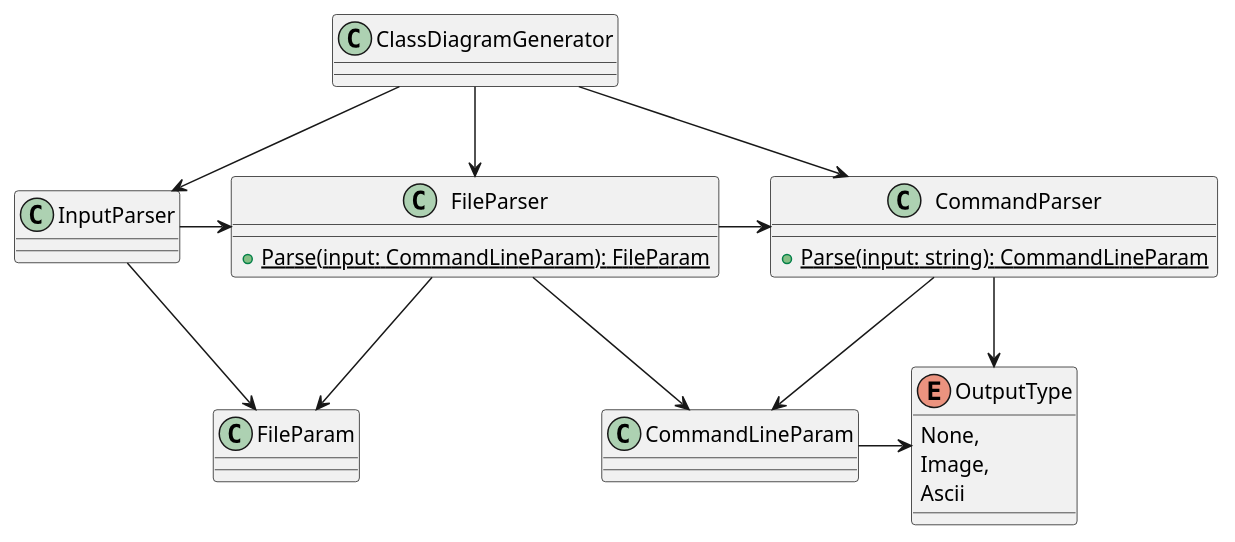
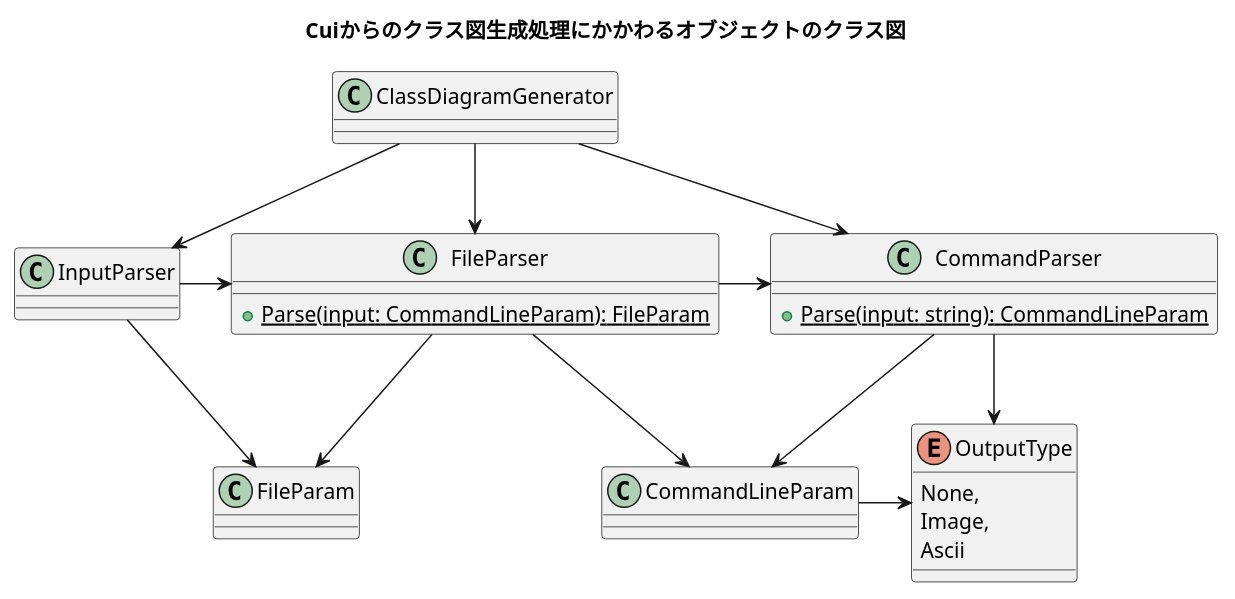
One commit to Pregum/UmlCreator changed the diagram in Docs/UmlCreator.Cui/Class/command_parser_class.pu. Above: the diagram before and after it, drawn with PlantUML. The commit also changed 1 other file, not shown here.

Commit message:
[update] コンソールからクラス図を生成する処理に関わるオブジェクトのクラス図の作成

```diff
--- a/Docs/UmlCreator.Cui/Class/command_parser_class.pu
+++ b/Docs/UmlCreator.Cui/Class/command_parser_class.pu
@@ -1,50 +1,52 @@
-@startuml
+@startuml command_parser_class
+
+title Cuiからのクラス図生成処理にかかわるオブジェクトのクラス図
 
 enum OutputType
 {
   None,
   Image,
   Ascii
 }
 
 class CommandParser
 {
   + {static} Parse(input: string): CommandLineParam
 }
 
 class CommandLineParam
 {
 }
 
 class FileParser
 {
   + {static} Parse(input: CommandLineParam): FileParam
 }
 
 class FileParam
 {
 }
 
 class InputParser
 {
 }
 
 class ClassDiagramGenerator
 {
 
 }
 
 CommandParser -> OutputType
 CommandParser --> CommandLineParam
 CommandLineParam -> OutputType
 FileParser -> CommandParser
 FileParser --> CommandLineParam
 FileParser --> FileParam
 InputParser -> FileParser
 InputParser --> FileParam
 
 ClassDiagramGenerator --> CommandParser
 ClassDiagramGenerator --> FileParser
 ClassDiagramGenerator --> InputParser
 
 @enduml
```
